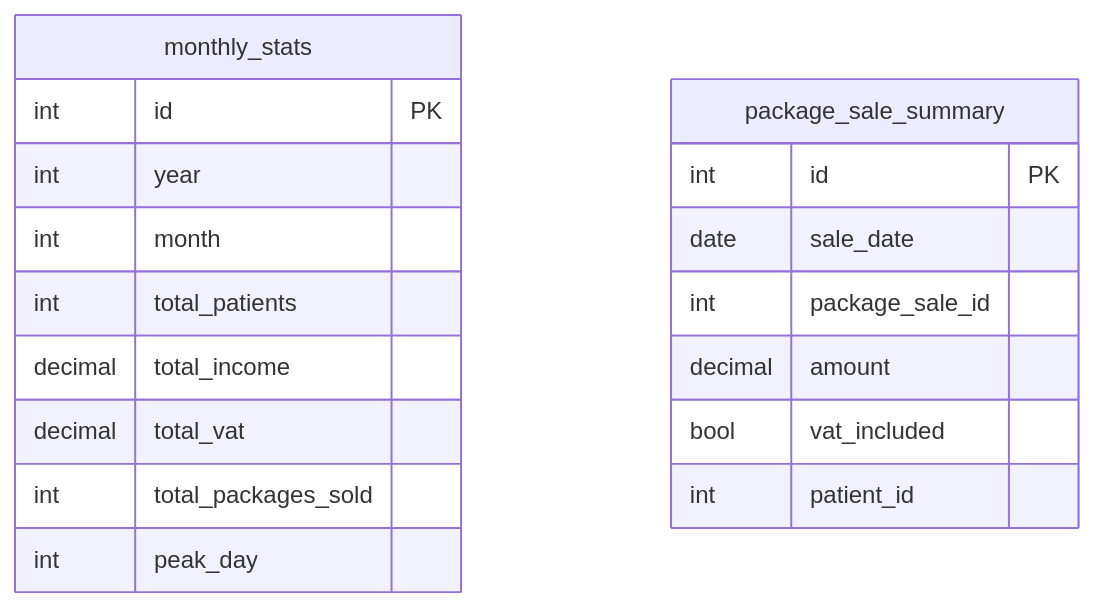
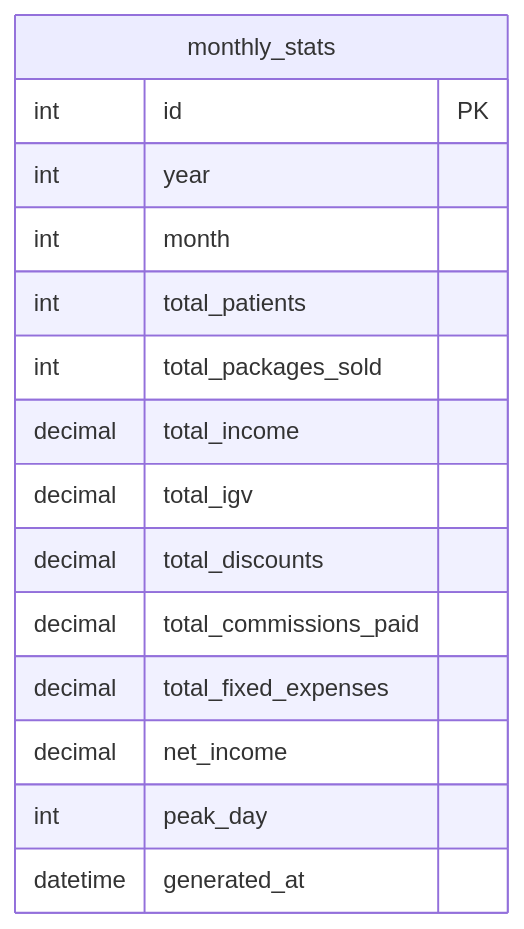
The diagram in databases/report-service-db.md (KODA-pe/architecture-docs), drawn with Mermaid before and after one commit. The commit also changed other lines of this file, not shown here.

````diff
--- a/databases/report-service-db.md
+++ b/databases/report-service-db.md
@@ -4,22 +4,18 @@
 ```mermaid
 erDiagram
     monthly_stats {
         int id PK
         int year
         int month
         int total_patients
+        int total_packages_sold
         decimal total_income
-        decimal total_vat
-        int total_packages_sold
+        decimal total_igv
+        decimal total_discounts
+        decimal total_commissions_paid
+        decimal total_fixed_expenses
+        decimal net_income
         int peak_day
-    }
-
-    package_sale_summary {
-        int id PK
-        date sale_date
-        int package_sale_id
-        decimal amount
-        bool vat_included
-        int patient_id
+        datetime generated_at
     }
 ```
````
